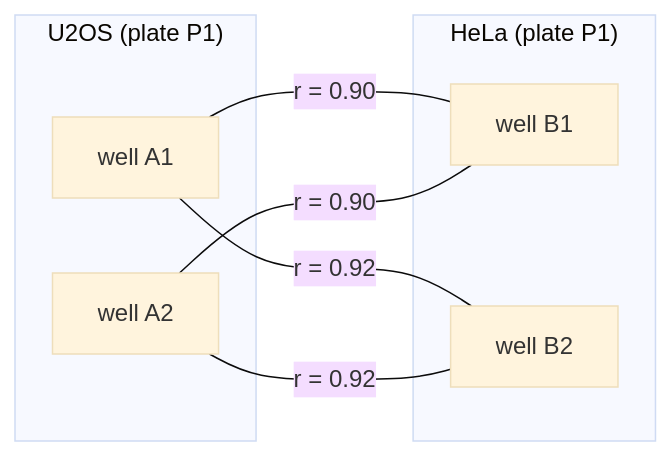
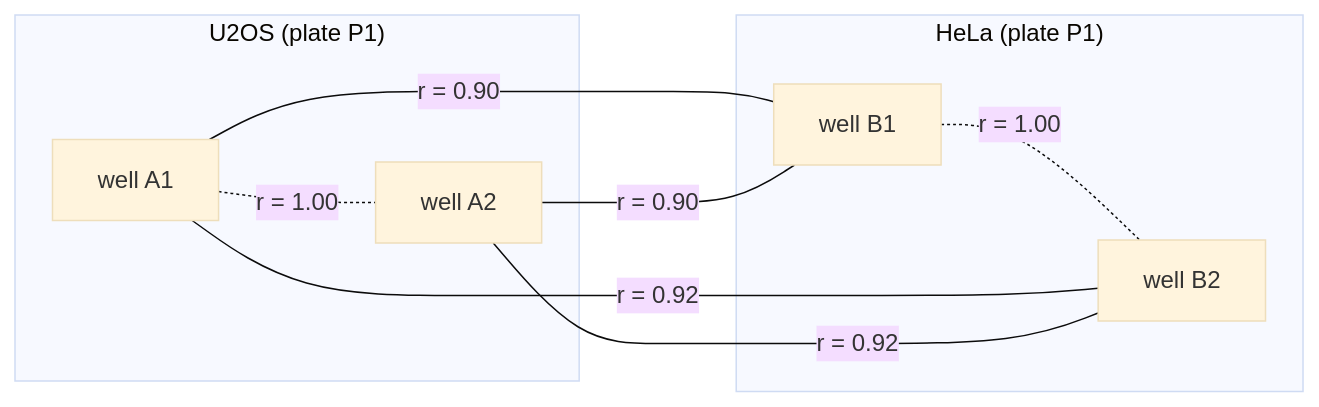
Before and after one commit to WayScience/pairwise_compare: the diagram in README.md, drawn with Mermaid (base theme). The commit also changed other lines of this file, not shown here.

First line of the commit message:
Show both kinds of pairs in the README diagram, with the replicate call

````diff
--- a/README.md
+++ b/README.md
@@ -8,15 +8,17 @@
 ```mermaid
 flowchart LR
     subgraph U2OS["U2OS (plate P1)"]
         A1["well A1"]
         A2["well A2"]
     end
     subgraph HeLa["HeLa (plate P1)"]
         B1["well B1"]
         B2["well B2"]
     end
+    A1 -.-|"r = 1.00"| A2
+    B1 -.-|"r = 1.00"| B2
     A1 ---|"r = 0.90"| B1
     A2 ---|"r = 0.90"| B1
     A1 ---|"r = 0.92"| B2
     A2 ---|"r = 0.92"| B2
 ```
````
